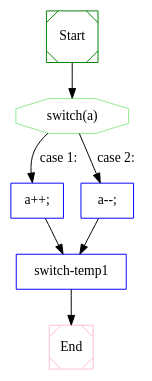
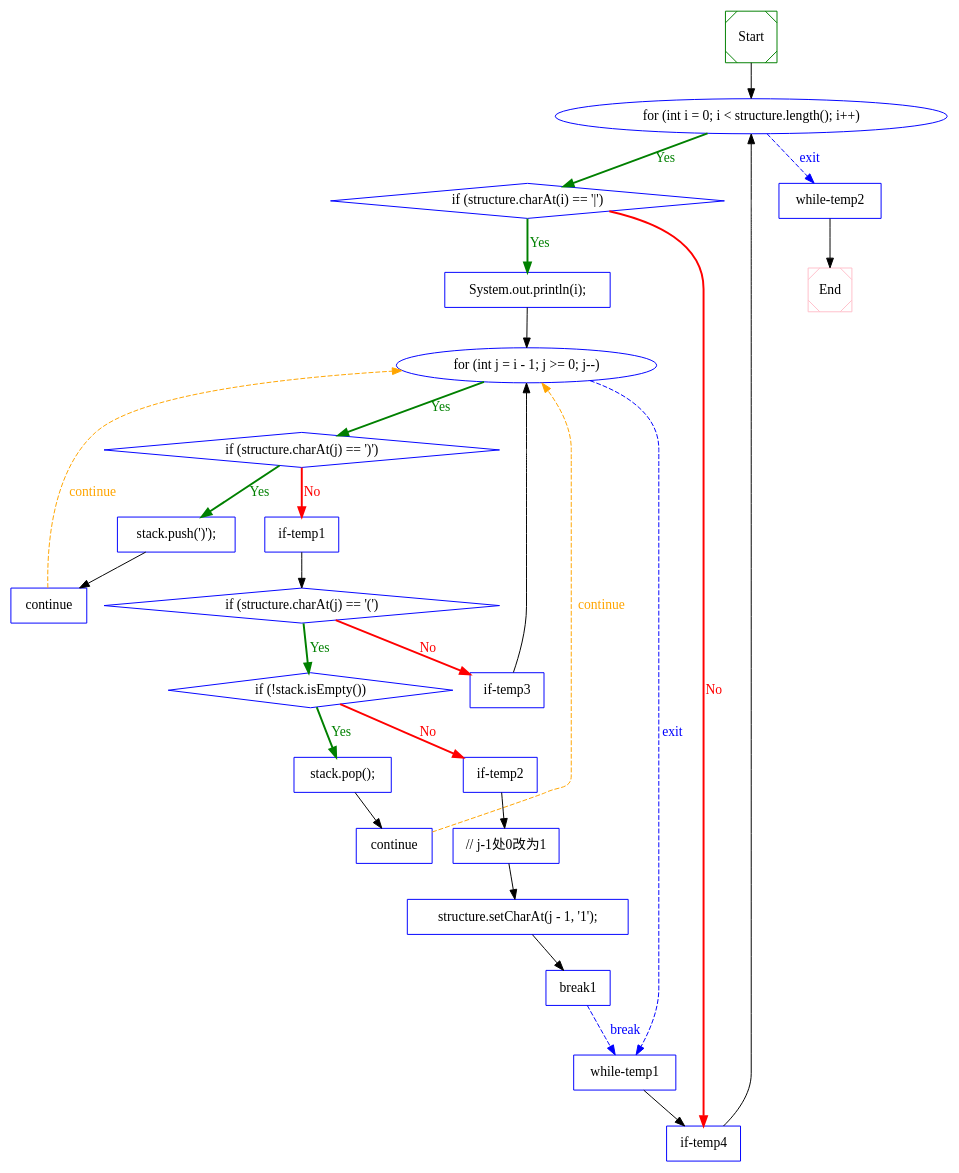
The diagram in out/test.dot (Naplues/Static-Analysis), drawn with Graphviz before and after one commit. The commit also changed 3 other files, not shown here.

Commit message:
结构调整，分解构图函数 Signed-off-by: naplues <naplues@163.com>

```diff
--- a/out/test.dot
+++ b/out/test.dot
@@ -1,20 +1,73 @@
 digraph CFG {
  1  [shape = Msquare, color = green, label = "Start", ]
- 2  [shape = octagon, color = lightgreen, label = "switch(a)", ]
- 3  [shape = box, color = blue, label = "a++;", ]
- 4  [shape = box, color = blue, label = "a--;", ]
- 5  [shape = box, color = blue, label = "switch-temp1", ]
- 6  [shape = Msquare, color = pink, label = "End", ]
+ 2  [shape = ellipse, color = blue, label = "for (int i = 0; i < structure.length(); i++)", ]
+ 3  [shape = diamond, color = blue, label = "if (structure.charAt(i) == '|')", ]
+ 4  [shape = box, color = blue, label = "System.out.println(i);", ]
+ 5  [shape = ellipse, color = blue, label = "for (int j = i - 1; j >= 0; j--)", ]
+ 6  [shape = diamond, color = blue, label = "if (structure.charAt(j) == ')')", ]
+ 7  [shape = box, color = blue, label = "stack.push(')');", ]
+ 8  [shape = box, color = blue, label = "continue", ]
+ 9  [shape = box, color = blue, label = "if-temp1", ]
+ 10  [shape = diamond, color = blue, label = "if (structure.charAt(j) == '(')", ]
+ 11  [shape = diamond, color = blue, label = "if (!stack.isEmpty())", ]
+ 12  [shape = box, color = blue, label = "stack.pop();", ]
+ 13  [shape = box, color = blue, label = "continue", ]
+ 14  [shape = box, color = blue, label = "if-temp2", ]
+ 15  [shape = box, color = blue, label = "// j-1处0改为1", ]
+ 16  [shape = box, color = blue, label = "structure.setCharAt(j - 1, '1');", ]
+ 17  [shape = box, color = blue, label = "break1", ]
+ 18  [shape = box, color = blue, label = "if-temp3", ]
+ 19  [shape = box, color = blue, label = "while-temp1", ]
+ 20  [shape = box, color = blue, label = "if-temp4", ]
+ 21  [shape = box, color = blue, label = "while-temp2", ]
+ 22  [shape = Msquare, color = pink, label = "End", ]
  1  ->  2  [style = solid, label="", fillcolor = black, color = black, fontcolor = black]
 
- 2  ->  4  [style = solid, label="case 2:", fillcolor = black, color = black, fontcolor = black]
- 2  ->  3  [style = solid, label="case 1:", fillcolor = black, color = black, fontcolor = black]
+ 2  ->  21  [style = dashed, label="exit", fillcolor = blue, color = blue, fontcolor = blue]
+ 2  ->  3  [style = bold, label="Yes", fillcolor = green, color = green, fontcolor = green]
 
- 3  ->  5  [style = solid, label="", fillcolor = black, color = black, fontcolor = black]
+ 3  ->  20  [style = bold, label="No", fillcolor = red, color = red, fontcolor = red]
+ 3  ->  4  [style = bold, label="Yes", fillcolor = green, color = green, fontcolor = green]
 
  4  ->  5  [style = solid, label="", fillcolor = black, color = black, fontcolor = black]
 
- 5  ->  6  [style = solid, label="", fillcolor = black, color = black, fontcolor = black]
+ 5  ->  19  [style = dashed, label="exit", fillcolor = blue, color = blue, fontcolor = blue]
+ 5  ->  6  [style = bold, label="Yes", fillcolor = green, color = green, fontcolor = green]
+
+ 6  ->  9  [style = bold, label="No", fillcolor = red, color = red, fontcolor = red]
+ 6  ->  7  [style = bold, label="Yes", fillcolor = green, color = green, fontcolor = green]
+
+ 7  ->  8  [style = solid, label="", fillcolor = black, color = black, fontcolor = black]
+
+ 8  ->  5  [style = dashed, label="continue", fillcolor = orange, color = orange, fontcolor = orange]
+
+ 9  ->  10  [style = solid, label="", fillcolor = black, color = black, fontcolor = black]
+
+ 10  ->  18  [style = bold, label="No", fillcolor = red, color = red, fontcolor = red]
+ 10  ->  11  [style = bold, label="Yes", fillcolor = green, color = green, fontcolor = green]
+
+ 11  ->  14  [style = bold, label="No", fillcolor = red, color = red, fontcolor = red]
+ 11  ->  12  [style = bold, label="Yes", fillcolor = green, color = green, fontcolor = green]
+
+ 12  ->  13  [style = solid, label="", fillcolor = black, color = black, fontcolor = black]
+
+ 13  ->  5  [style = dashed, label="continue", fillcolor = orange, color = orange, fontcolor = orange]
+
+ 14  ->  15  [style = solid, label="", fillcolor = black, color = black, fontcolor = black]
+
+ 15  ->  16  [style = solid, label="", fillcolor = black, color = black, fontcolor = black]
+
+ 16  ->  17  [style = solid, label="", fillcolor = black, color = black, fontcolor = black]
+
+ 17  ->  19  [style = dashed, label="break", fillcolor = blue, color = blue, fontcolor = blue]
+
+ 18  ->  5  [style = solid, label="", fillcolor = black, color = black, fontcolor = black]
+
+ 19  ->  20  [style = solid, label="", fillcolor = black, color = black, fontcolor = black]
+
+ 20  ->  2  [style = solid, label="", fillcolor = black, color = black, fontcolor = black]
+
+ 21  ->  22  [style = solid, label="", fillcolor = black, color = black, fontcolor = black]
 
 
 }
```
